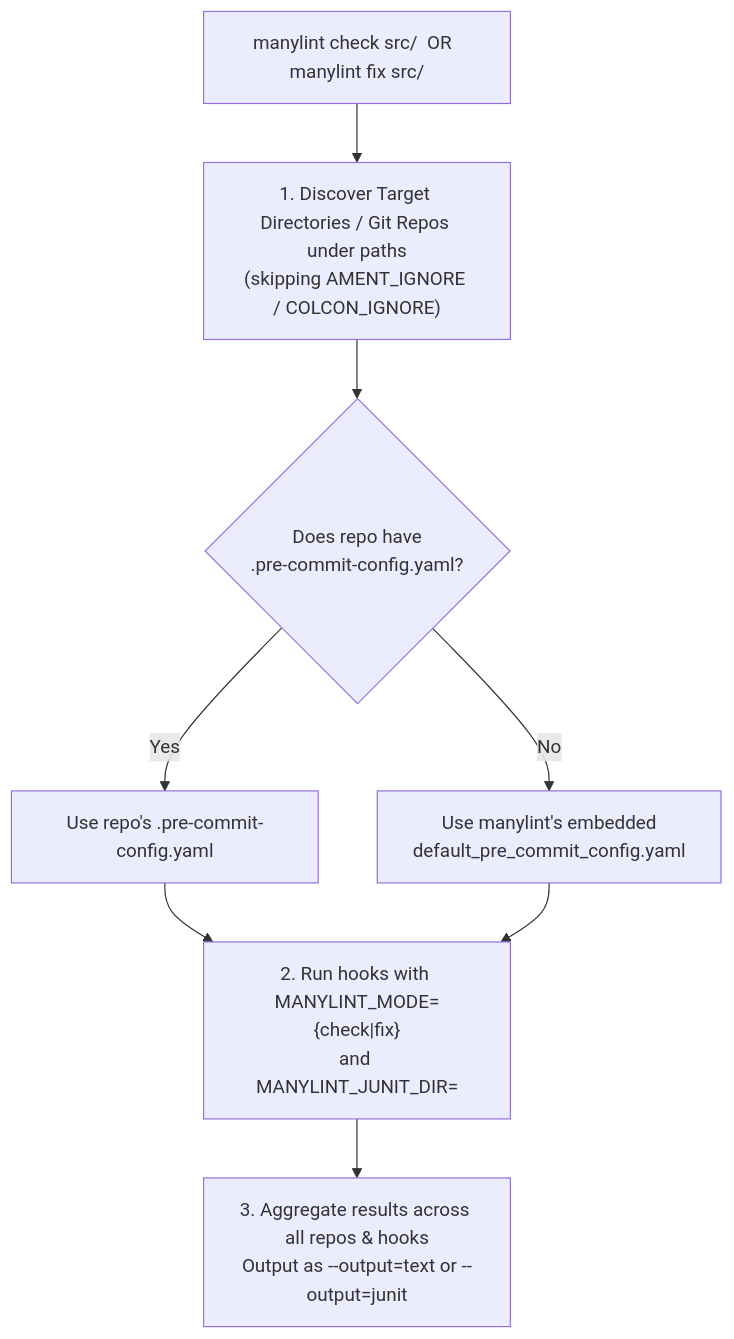
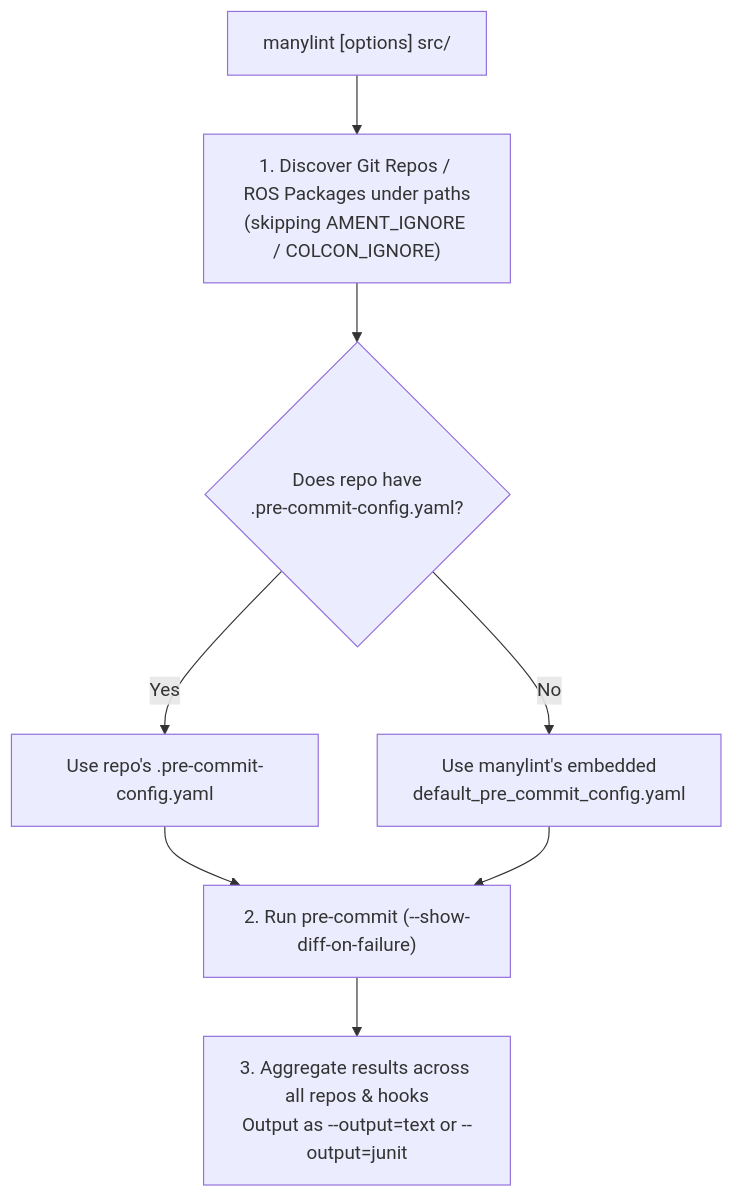
Before and after one commit to sloretz/manylint: the diagram in hybrid_precommit_approach.md, drawn with Mermaid. The commit also changed other lines of this file and 2 other files, not shown here.

Commit message:
Eliminate check/fix verb distinction and MANYLINT_MODE

````diff
--- a/hybrid_precommit_approach.md
+++ b/hybrid_precommit_approach.md
@@ -84,10 +47,10 @@
 ```mermaid
 flowchart TD
-  CLI["manylint check src/  OR  manylint fix src/"] --> Discover["1. Discover Target Directories / Git Repos under paths<br/>(skipping AMENT_IGNORE / COLCON_IGNORE)"]
+  CLI["manylint [options] src/"] --> Discover["1. Discover Git Repos / ROS Packages under paths<br/>(skipping AMENT_IGNORE / COLCON_IGNORE)"]
   Discover --> CheckCfg{"Does repo have<br/>.pre-commit-config.yaml?"}
   CheckCfg -->|"Yes"| UseRepoCfg["Use repo's .pre-commit-config.yaml"]
   CheckCfg -->|"No"| UseDefaultCfg["Use manylint's embedded<br/>default_pre_commit_config.yaml"]
-  UseRepoCfg --> Exec["2. Run hooks with MANYLINT_MODE={check|fix}<br/>and MANYLINT_JUNIT_DIR=<temp_dir>"]
+  UseRepoCfg --> Exec["2. Run pre-commit (--show-diff-on-failure)"]
   UseDefaultCfg --> Exec
   Exec --> Report["3. Aggregate results across all repos & hooks<br/>Output as --output=text or --output=junit"]
 ```
````
